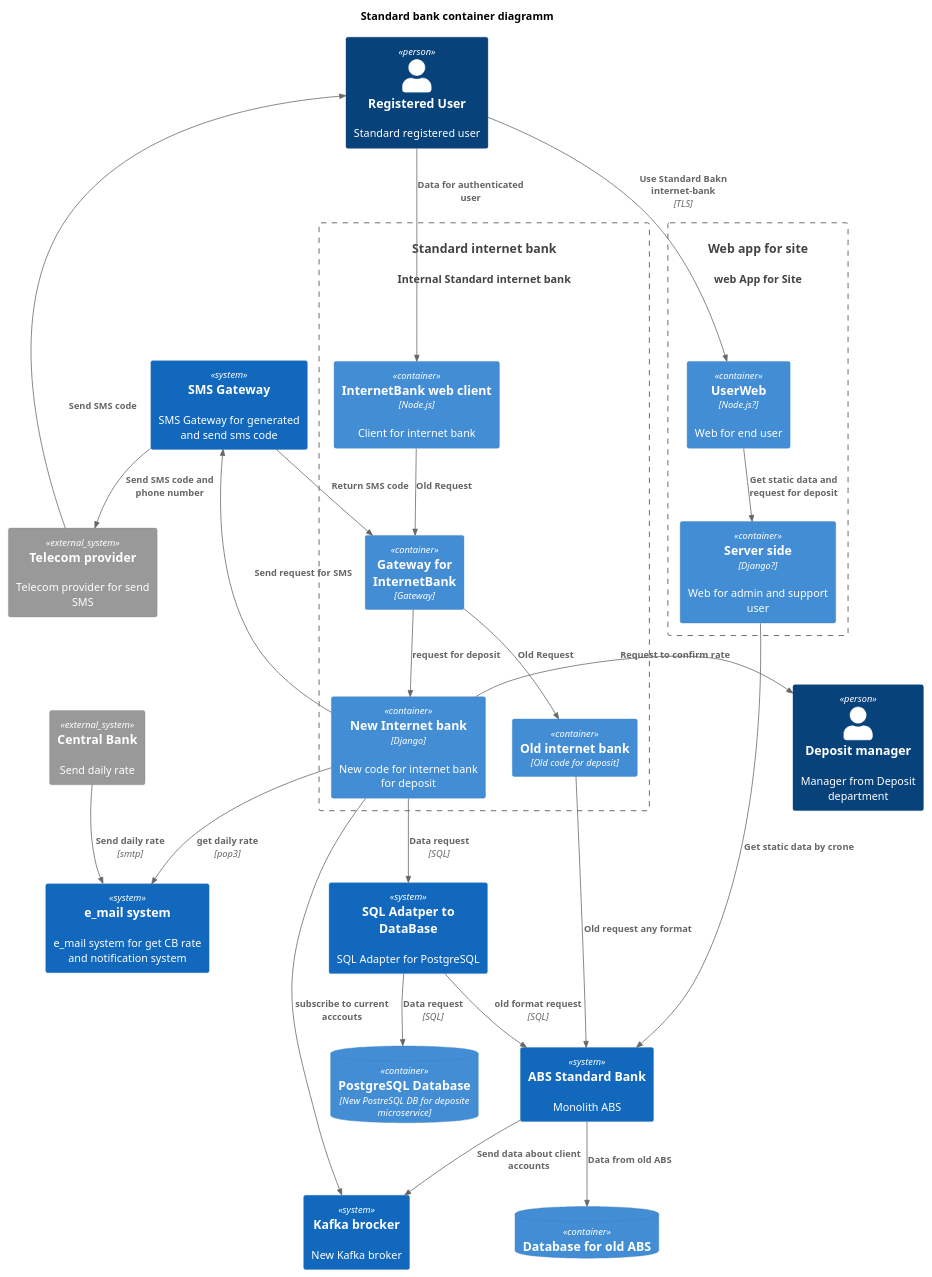
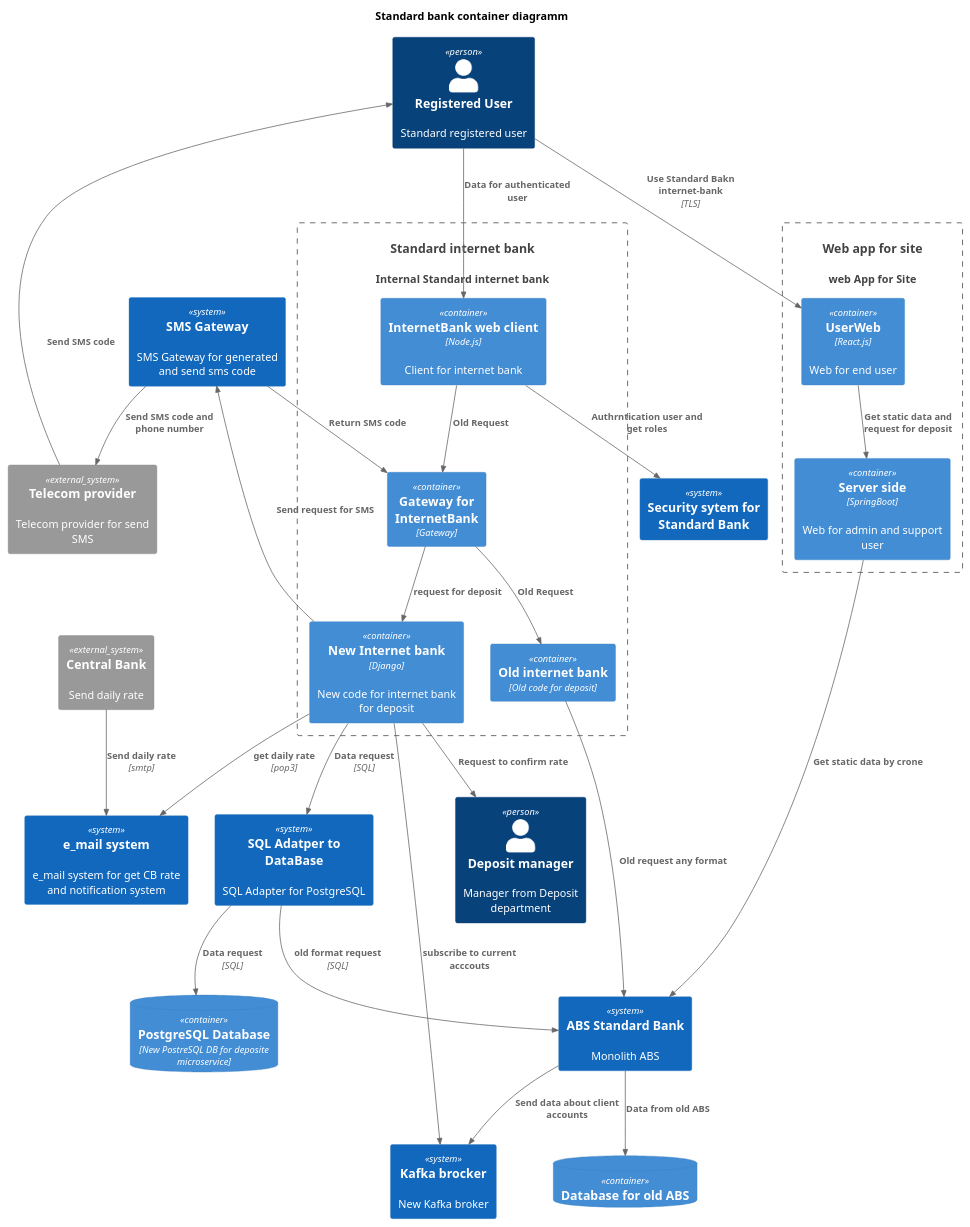
The diagram in Diagrams/Container/standard_container.puml (AlexanderTikhonovB/architecture-standart), drawn with PlantUML before and after one commit. The commit also changed 2 other files, not shown here.

```diff
--- a/Diagrams/Container/standard_container.puml
+++ b/Diagrams/Container/standard_container.puml
@@ -1,87 +1,92 @@
 @startuml
 title Standard bank container diagramm
 
 top to bottom direction
 
 !include ../C4/C4_Container.puml
 
 'users
 Person(User, "Registered User", "Standard registered user")
 Person(DepositManager,"Deposit manager", "Manager from Deposit department")
 
 'system external
 System_Ext(CB,"Central Bank","Send daily rate")
 System_Ext(Telecom, "Telecom provider", "Telecom provider for send SMS")
 
 ' System
 System(SMSGateway, "SMS Gateway", "SMS Gateway for generated and send sms code")
 System(E_mailGateway, "e_mail system","e_mail system for get CB rate and notification system")
 System(ABS,"ABS Standard Bank","Monolith ABS")
 
+System(Security,"Security sytem for Standard Bank")
+
 ContainerDb(PostgreSQL,"PostgreSQL Database", "New PostreSQL DB for deposite microservice")
 ContainerDb(Oracle,"Database for old ABS")
 System(Kafka,"Kafka brocker","New Kafka broker")
 System(WebApp,"Web app for site","web App for Site")
 System(InternetBank,"Standard internet bank", "Internal Standard internet bank")
 System(SQLAdapter,"SQL Adatper to DataBase", "SQL Adapter for PostgreSQL")
 
 
 System_Boundary(WebApp, "Web App") {
 'UI
-    Container(UserWebApp, "UserWeb", "Node.js?", "Web for end user")
+    Container(UserWebApp, "UserWeb", "React.js", "Web for end user")
 'API
-    Container(ServerSide,"Server side","Django?","Web for admin and support user")
+    Container(ServerSide,"Server side","SpringBoot","Web for admin and support user")
 'connect internal
     Rel(UserWebApp, ServerSide, "Get static data and request for deposit")
 'connect external
 
 }
 
 System_Boundary(InternetBank, "Web App") {
     'Container(Deposit,"Deposit microservice","New deposit microservice")
     Container(NewInternetBank,"New Internet bank","Django","New code for internet bank for deposit")
     Container(WebForInternetBank,"InternetBank web client","Node.js","Client for internet bank")
     Container(OldInternetBank,"Old internet bank","Old code for deposit")
     Container(InternetBankGateway,"Gateway for InternetBank","Gateway")
 
     Rel(NewInternetBank,SQLAdapter, "Data request", "SQL")
     Rel(InternetBankGateway,NewInternetBank,"request for deposit")
     Rel(InternetBankGateway,OldInternetBank,"Old Request")
     Rel(WebForInternetBank,InternetBankGateway,"Old Request")
 }
 
 'UI
 Rel(User, UserWebApp,"Use Standard Bakn internet-bank", TLS)
 
 
  'Rel(ABS,E_mailGateway,"Get daily rate",pop3)
 Rel(CB,E_mailGateway,"Send daily rate", "smtp")
 
 Rel(User,WebForInternetBank,"Data for authenticated user")
 
 Rel(NewInternetBank, SMSGateway,"Send request for SMS")
 
 Rel(SMSGateway,Telecom,"Send SMS code and phone number")
 
 Rel_U(Telecom,User,"Send SMS code")
 
 Rel(NewInternetBank,E_mailGateway,"get daily rate","pop3")
 
 Rel(SMSGateway, InternetBankGateway, "Return SMS code")
 
 Rel(OldInternetBank, ABS,"Old request any format")
 Rel(SQLAdapter, PostgreSQL,"Data request", "SQL")
 
 
 Rel(SQLAdapter,ABS,"old format request","SQL")
 
 Rel(ABS,Oracle,"Data from old ABS")
 
 Rel(ServerSide,ABS,"Get static data by crone")
 
-Rel_R(NewInternetBank,DepositManager,"Request to confirm rate")
+Rel(NewInternetBank,DepositManager,"Request to confirm rate")
 
 Rel(ABS,Kafka,"Send data about client accounts")
 Rel(NewInternetBank,Kafka,"subscribe to current acccouts")
 
+'Rel_R(ServerSide,Security,"Authrntication user and get roles")
+Rel(WebForInternetBank,Security,"Authrntication user and get roles")
+
 @enduml
```
